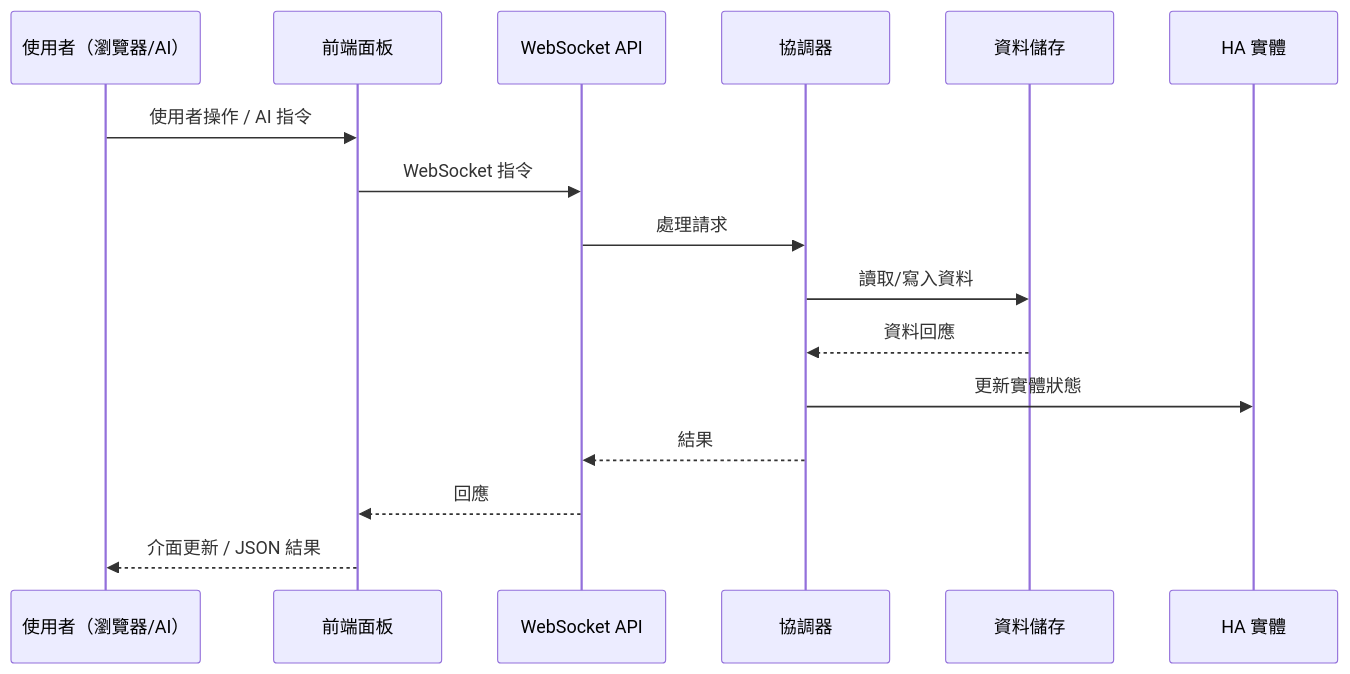
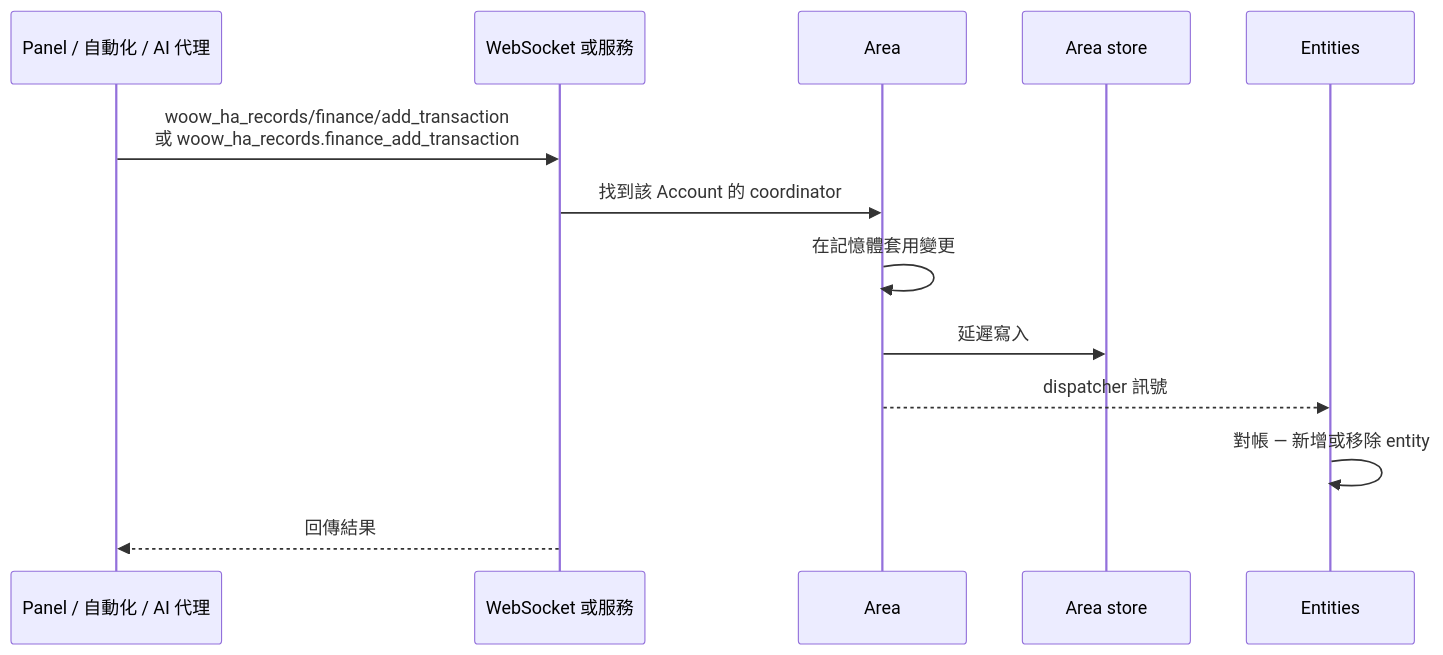
Before and after one commit to WOOWTECH/Woow_ha_records: the second of 2 diagrams in README_zh-TW.md, drawn with Mermaid. The commit also changed other lines of this file and 14 other files, not shown here.

````diff
--- a/README_zh-TW.md
+++ b/README_zh-TW.md
@@ -314,19 +301,16 @@
 ```mermaid
 sequenceDiagram
-    participant U as 使用者（瀏覽器/AI）
-    participant P as 前端面板
-    participant W as WebSocket API
-    participant C as 協調器
-    participant S as 資料儲存
-    participant E as HA 實體
+    participant U as Panel / 自動化 / AI 代理
+    participant W as WebSocket 或服務
+    participant A as Area
+    participant S as Area store
+    participant E as Entities
 
-    U->>P: 使用者操作 / AI 指令
-    P->>W: WebSocket 指令
-    W->>C: 處理請求
-    C->>S: 讀取/寫入資料
-    S-->>C: 資料回應
-    C->>E: 更新實體狀態
-    C-->>W: 結果
-    W-->>P: 回應
-    P-->>U: 介面更新 / JSON 結果
+    U->>W: woow_ha_records/finance/add_transaction<br/>或 woow_ha_records.finance_add_transaction
+    W->>A: 找到該 Account 的 coordinator
+    A->>A: 在記憶體套用變更
+    A->>S: 延遲寫入
+    A-->>E: dispatcher 訊號
+    E->>E: 對帳 — 新增或移除 entity
+    W-->>U: 回傳結果
 ```
````
